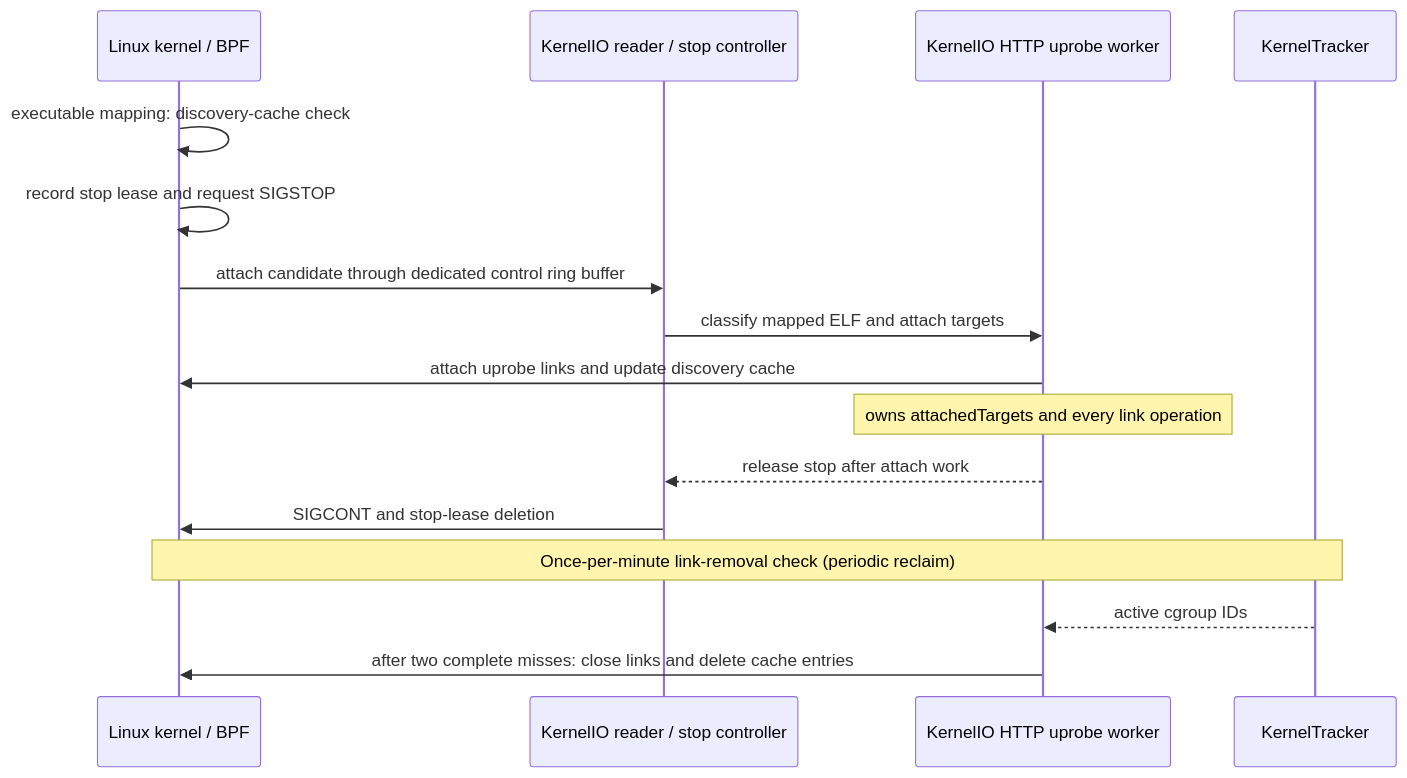
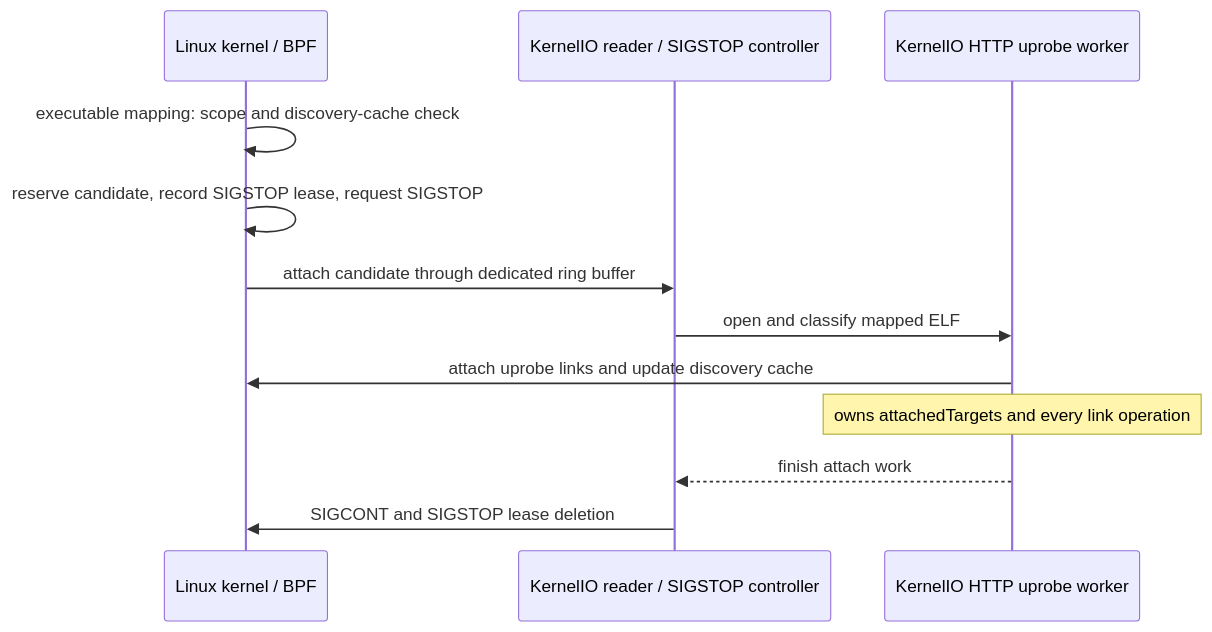
The second of 4 diagrams in docs/developer-guide/ebpf/http-uprobes.md (cicd-sensor/cicd-sensor), drawn with Mermaid before and after one commit. The commit also changed other lines of this file and 3 other files, not shown here.

````diff
--- a/docs/developer-guide/ebpf/http-uprobes.md
+++ b/docs/developer-guide/ebpf/http-uprobes.md
@@ -41,20 +76,15 @@
 ```mermaid
 sequenceDiagram
     participant BPF as Linux kernel / BPF
-    participant IO as KernelIO reader / stop controller
+    participant IO as KernelIO reader / SIGSTOP controller
     participant W as KernelIO HTTP uprobe worker
-    participant KT as KernelTracker
 
-    BPF->>BPF: executable mapping: discovery-cache check
-    BPF->>BPF: record stop lease and request SIGSTOP
-    BPF->>IO: attach candidate through dedicated control ring buffer
-    IO->>W: classify mapped ELF and attach targets
+    BPF->>BPF: executable mapping: scope and discovery-cache check
+    BPF->>BPF: reserve candidate, record SIGSTOP lease, request SIGSTOP
+    BPF->>IO: attach candidate through dedicated ring buffer
+    IO->>W: open and classify mapped ELF
     W->>BPF: attach uprobe links and update discovery cache
     Note over W: owns attachedTargets and every link operation
-    W-->>IO: release stop after attach work
-    IO->>BPF: SIGCONT and stop-lease deletion
-
-    Note over BPF,KT: Once-per-minute link-removal check (periodic reclaim)
-    KT-->>W: active cgroup IDs
-    W->>BPF: after two complete misses: close links and delete cache entries
+    W-->>IO: finish attach work
+    IO->>BPF: SIGCONT and SIGSTOP lease deletion
 ```
````
